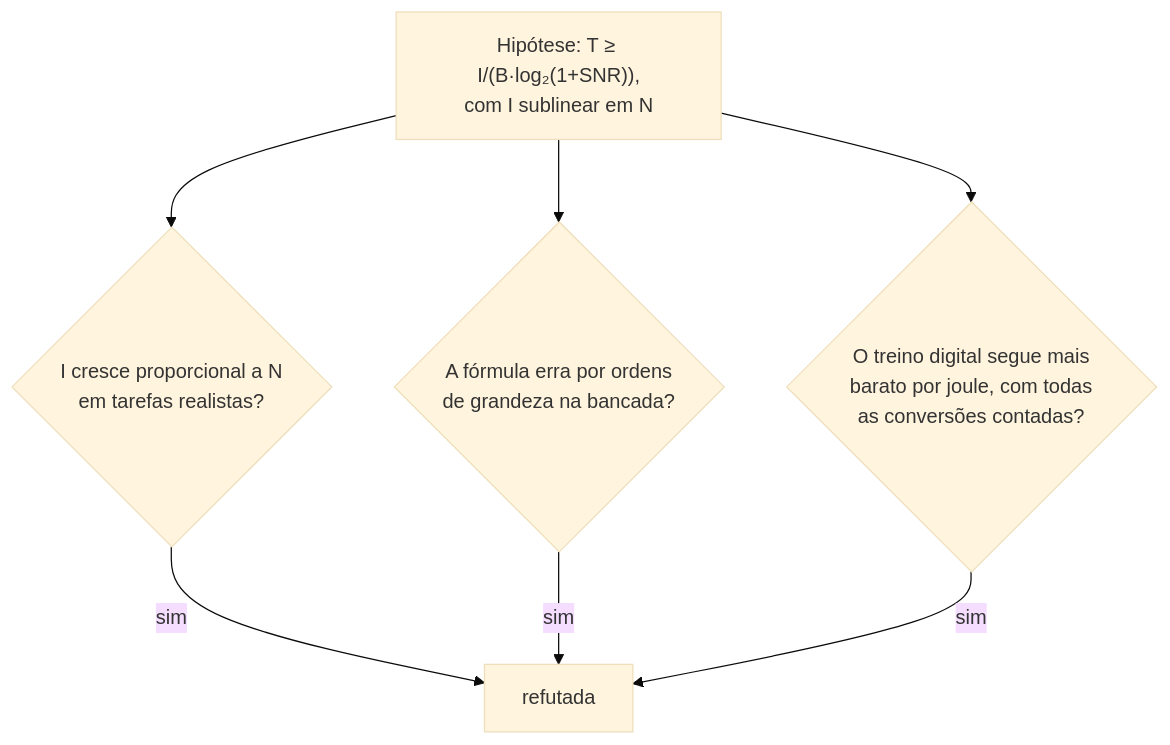
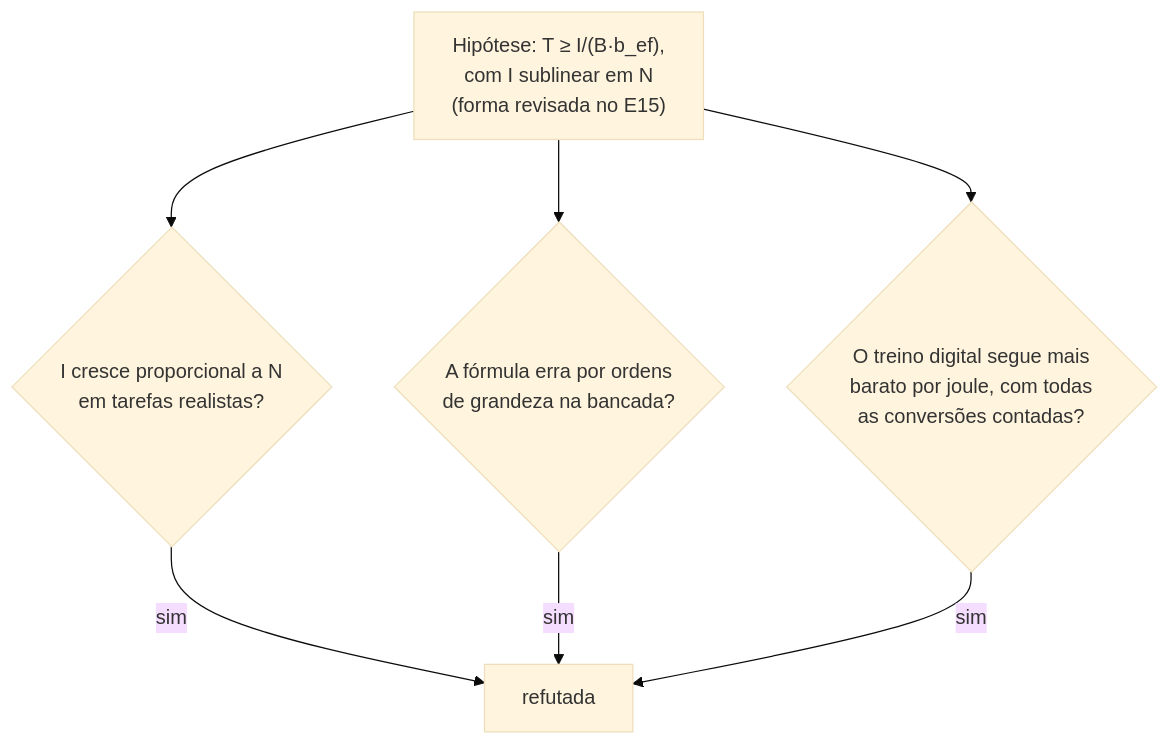
One commit to matheuscbs/quantcomput changed the second of 3 diagrams in docs/01-pesquisa.md. Above: the diagram before and after it, drawn with Mermaid (base theme). The commit also changed other lines of this file and 16 other files, not shown here.

````diff
--- a/docs/01-pesquisa.md
+++ b/docs/01-pesquisa.md
@@ -85,9 +87,9 @@
 ```mermaid
 flowchart TD
-    H["Hipótese: T ≥ I/(B·log₂(1+SNR)),<br/>com I sublinear em N"] --> R1{"I cresce proporcional a N<br/>em tarefas realistas?"}
+    H["Hipótese: T ≥ I/(B·b_ef),<br/>com I sublinear em N<br/>(forma revisada no E15)"] --> R1{"I cresce proporcional a N<br/>em tarefas realistas?"}
     H --> R2{"A fórmula erra por ordens<br/>de grandeza na bancada?"}
     H --> R3{"O treino digital segue mais<br/>barato por joule, com todas<br/>as conversões contadas?"}
     R1 -- "sim" --> X["refutada"]
     R2 -- "sim" --> X
     R3 -- "sim" --> X
 ```
````
